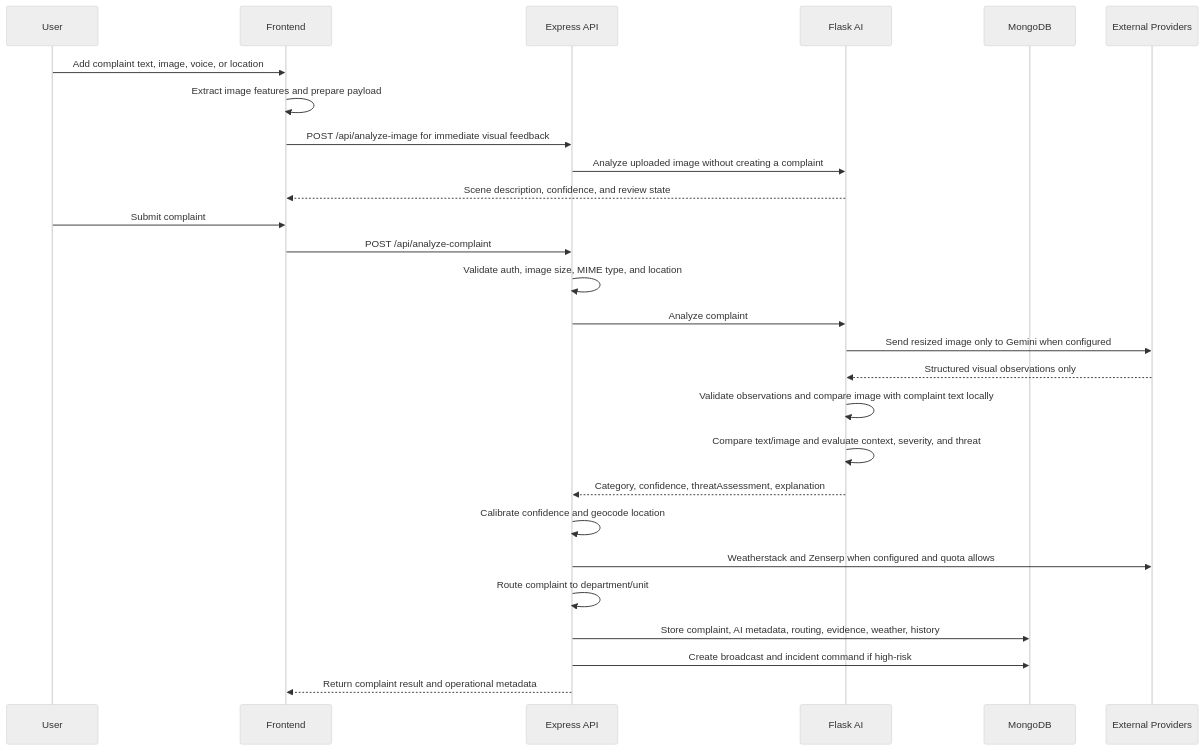
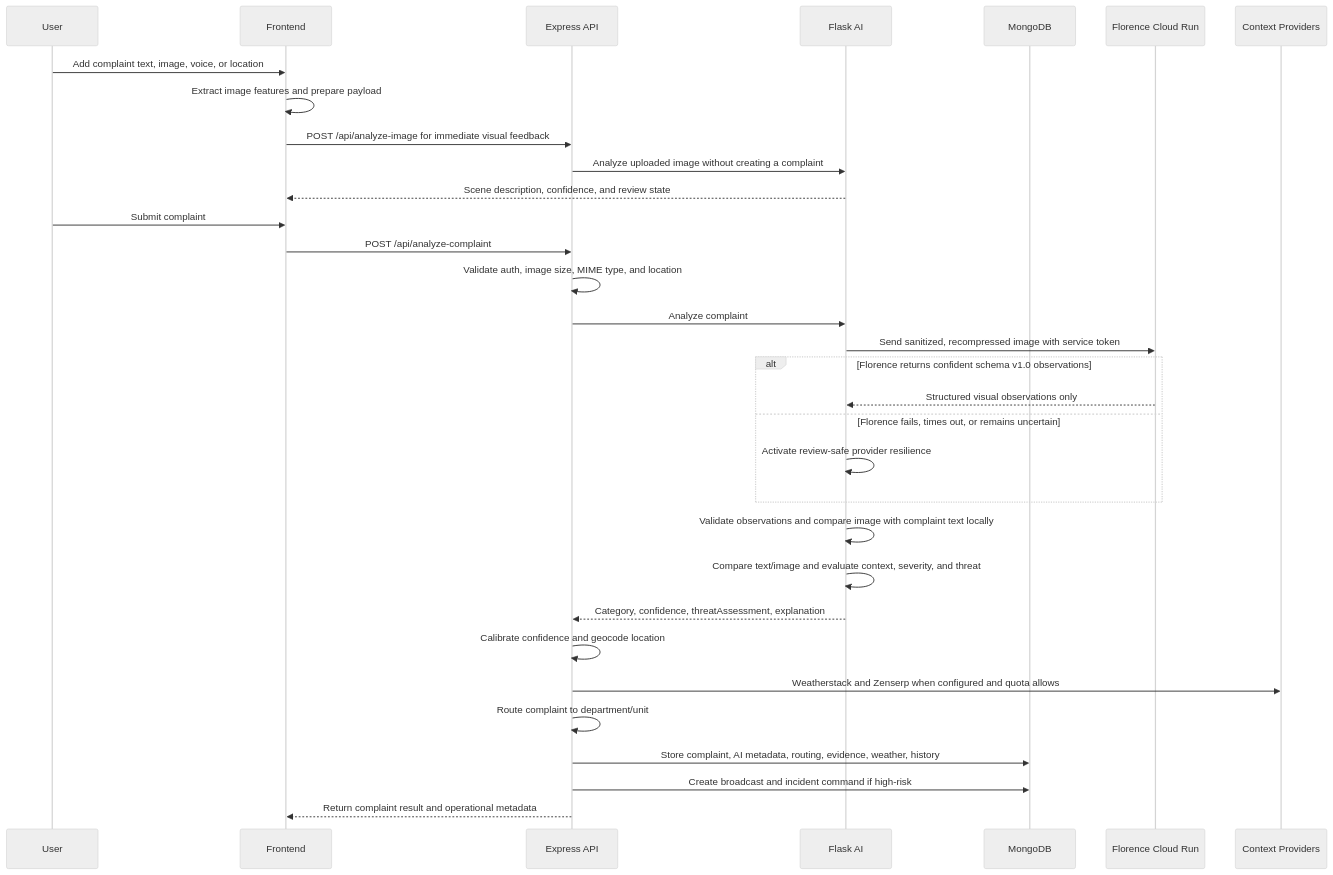
The second of 2 diagrams in README.md (Shreyas0047/Urban-Pulse-Ai), drawn with Mermaid (neutral theme) before and after one commit. The commit also changed other lines of this file, not shown here.

````diff
--- a/README.md
+++ b/README.md
@@ -147,30 +147,35 @@
 ```mermaid
 sequenceDiagram
     participant U as User
     participant FE as Frontend
     participant API as Express API
     participant AI as Flask AI
     participant DB as MongoDB
-    participant EXT as External Providers
+    participant FL as Florence Cloud Run
+    participant EXT as Context Providers
 
     U->>FE: Add complaint text, image, voice, or location
     FE->>FE: Extract image features and prepare payload
     FE->>API: POST /api/analyze-image for immediate visual feedback
     API->>AI: Analyze uploaded image without creating a complaint
     AI-->>FE: Scene description, confidence, and review state
     U->>FE: Submit complaint
     FE->>API: POST /api/analyze-complaint
     API->>API: Validate auth, image size, MIME type, and location
     API->>AI: Analyze complaint
-    AI->>EXT: Send resized image only to Gemini when configured
-    EXT-->>AI: Structured visual observations only
+    AI->>FL: Send sanitized, recompressed image with service token
+    alt Florence returns confident schema v1.0 observations
+        FL-->>AI: Structured visual observations only
+    else Florence fails, times out, or remains uncertain
+        AI->>AI: Activate review-safe provider resilience
+    end
     AI->>AI: Validate observations and compare image with complaint text locally
     AI->>AI: Compare text/image and evaluate context, severity, and threat
     AI-->>API: Category, confidence, threatAssessment, explanation
     API->>API: Calibrate confidence and geocode location
     API->>EXT: Weatherstack and Zenserp when configured and quota allows
     API->>API: Route complaint to department/unit
     API->>DB: Store complaint, AI metadata, routing, evidence, weather, history
     API->>DB: Create broadcast and incident command if high-risk
     API-->>FE: Return complaint result and operational metadata
 ```
````
